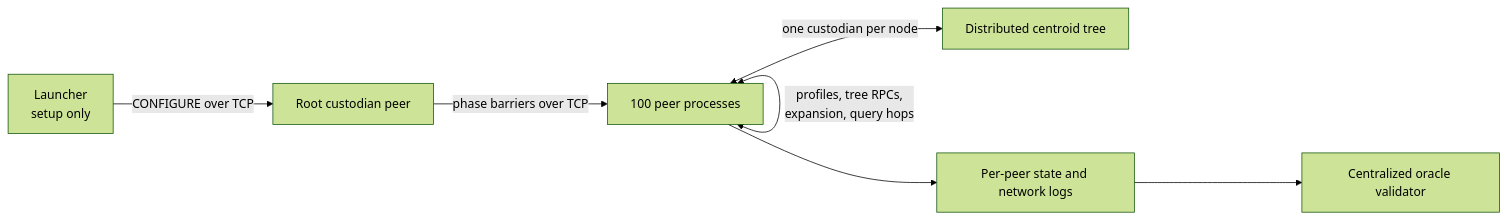
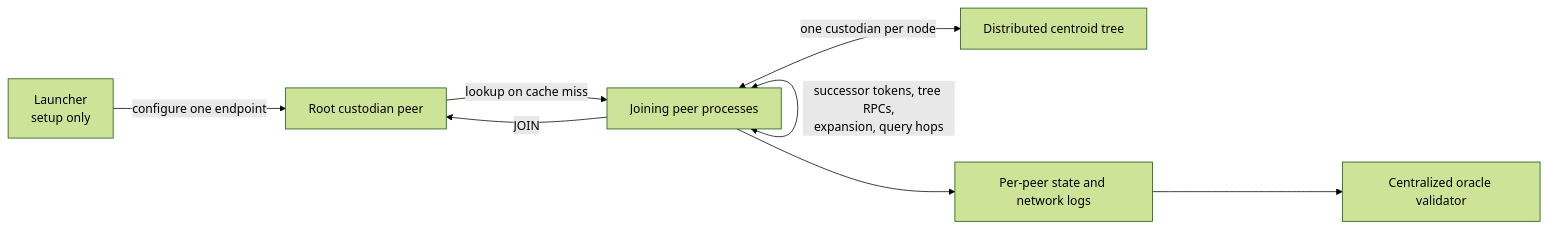
The diagram in decentralized_semantica/README.md (pneague/Semantica), drawn with Mermaid (forest theme) before and after one commit. The commit also changed other lines of this file and 11 other files, not shown here.

Commit message:
Support membership-free decentralized peer joining

````diff
--- a/decentralized_semantica/README.md
+++ b/decentralized_semantica/README.md
@@ -25,9 +25,10 @@
 ```mermaid
 flowchart LR
-    L["Launcher<br/>setup only"] -->|"CONFIGURE over TCP"| R["Root custodian peer"]
-    R -->|"phase barriers over TCP"| P["100 peer processes"]
-    P <-->|"profiles, tree RPCs,<br/>expansion, query hops"| P
+    L["Launcher<br/>setup only"] -->|"configure one endpoint"| R["Root custodian peer"]
+    P["Joining peer processes"] -->|"JOIN"| R
+    R -->|"lookup on cache miss"| P
+    P <-->|"successor tokens, tree RPCs,<br/>expansion, query hops"| P
     P <-->|"one custodian per node"| C["Distributed centroid tree"]
     P --> O["Per-peer state and network logs"]
     O --> V["Centralized oracle validator"]
 ```
````
